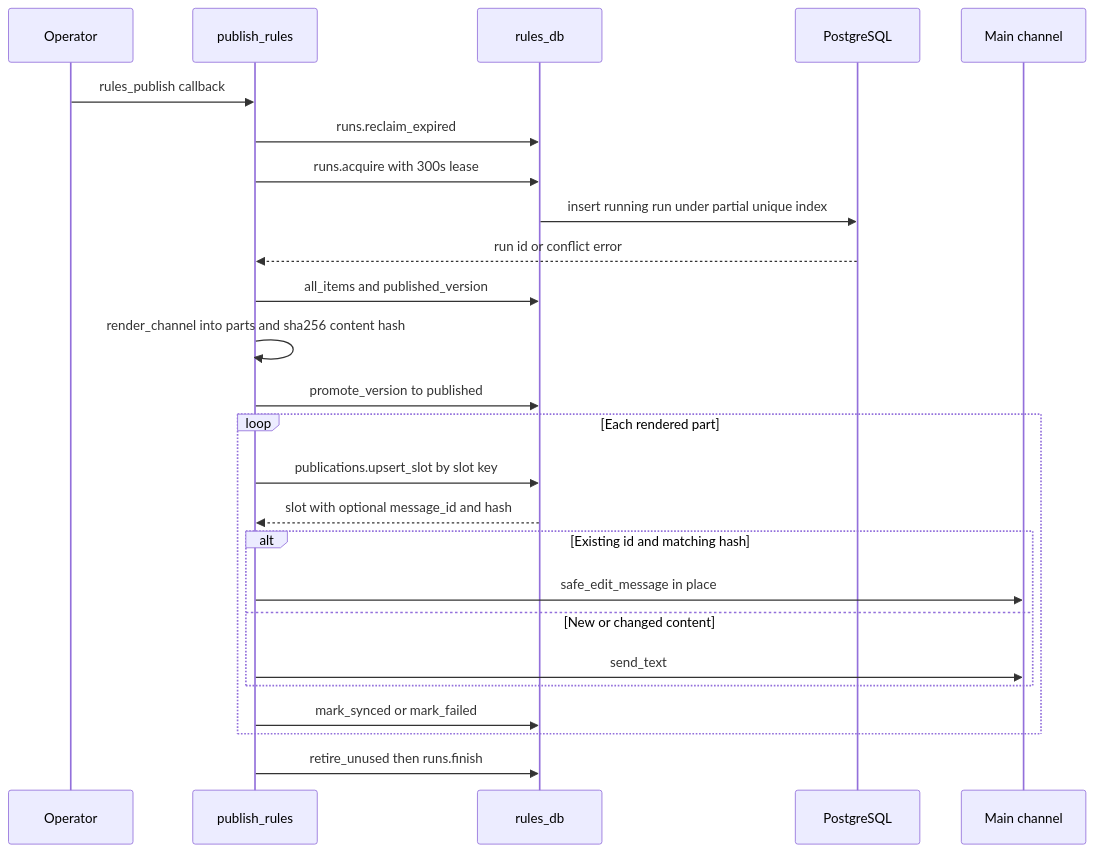
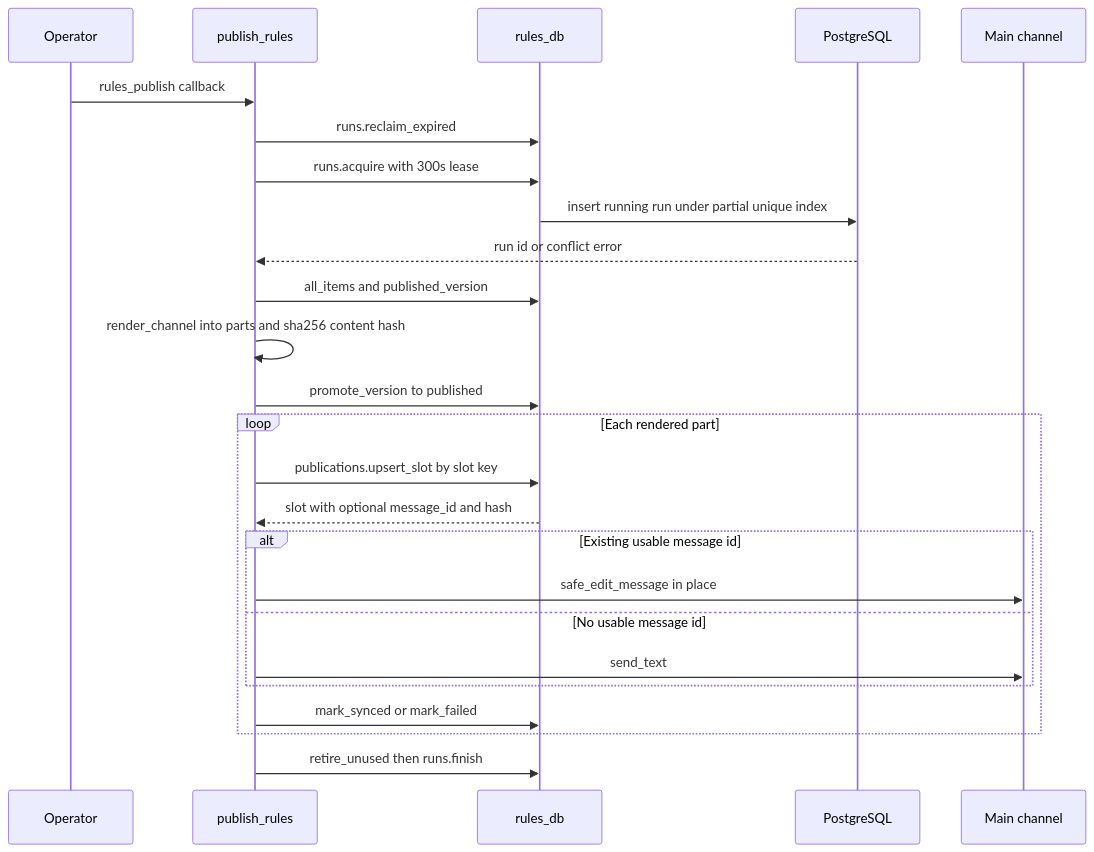
The second of 3 diagrams in docs/flows/rules.md (D1ZZY4/tcbot), drawn with Mermaid before and after one commit. The commit also changed other lines of this file and 12 other files, not shown here.

````diff
--- a/docs/flows/rules.md
+++ b/docs/flows/rules.md
@@ -76,27 +76,27 @@
 ```mermaid
 sequenceDiagram
     participant O as Operator
     participant P as publish_rules
     participant DB as rules_db
     participant PG as PostgreSQL
     participant TG as Main channel
     O->>P: rules_publish callback
     P->>DB: runs.reclaim_expired
     P->>DB: runs.acquire with 300s lease
     DB->>PG: insert running run under partial unique index
     PG-->>P: run id or conflict error
     P->>DB: all_items and published_version
     P->>P: render_channel into parts and sha256 content hash
     P->>DB: promote_version to published
     loop Each rendered part
         P->>DB: publications.upsert_slot by slot key
         DB-->>P: slot with optional message_id and hash
-        alt Existing id and matching hash
+        alt Existing usable message id
             P->>TG: safe_edit_message in place
-        else New or changed content
+        else No usable message id
             P->>TG: send_text
         end
         P->>DB: mark_synced or mark_failed
     end
     P->>DB: retire_unused then runs.finish
 ```
````
